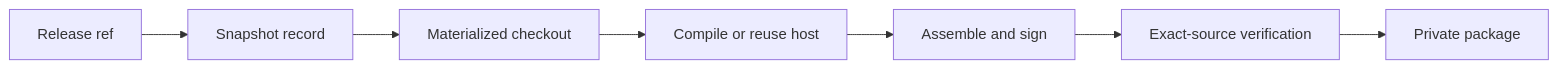
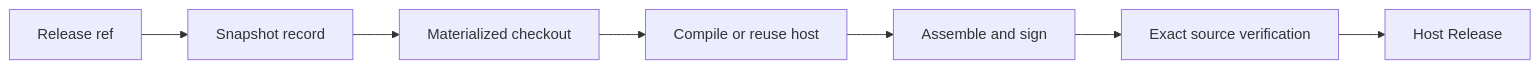
The diagram in wiki/modules/release-source-snapshot.md (alexwck/dbcode-wrapper), drawn with Mermaid before and after one commit. The commit also changed other lines of this file and 16 other files, not shown here.

Commit message:
docs(wiki): document normal host release

````diff
--- a/wiki/modules/release-source-snapshot.md
+++ b/wiki/modules/release-source-snapshot.md
@@ -31,9 +31,9 @@
 ```mermaid
 flowchart LR
   R[Release ref] --> S[Snapshot record]
   S --> M[Materialized checkout]
   M --> B[Compile or reuse host]
   B --> A[Assemble and sign]
-  A --> V[Exact-source verification]
-  V --> P[Private package]
+  A --> V[Exact source verification]
+  V --> P[Host Release]
 ```
````
